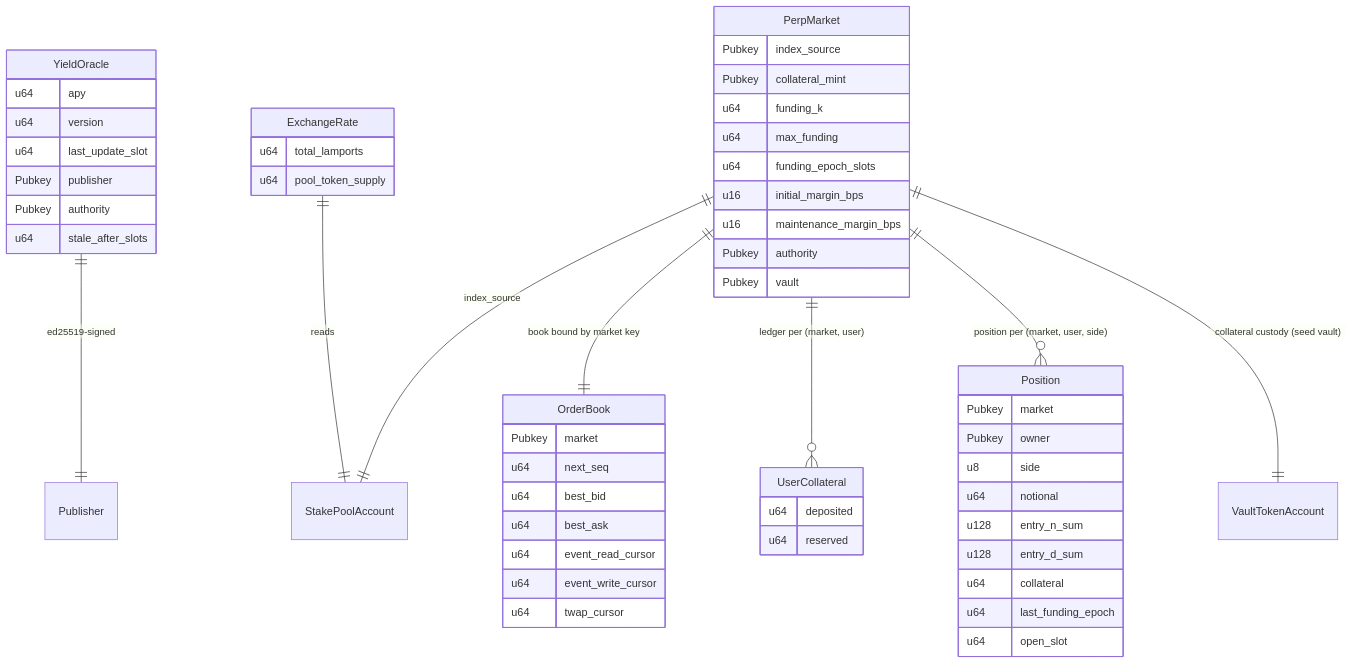
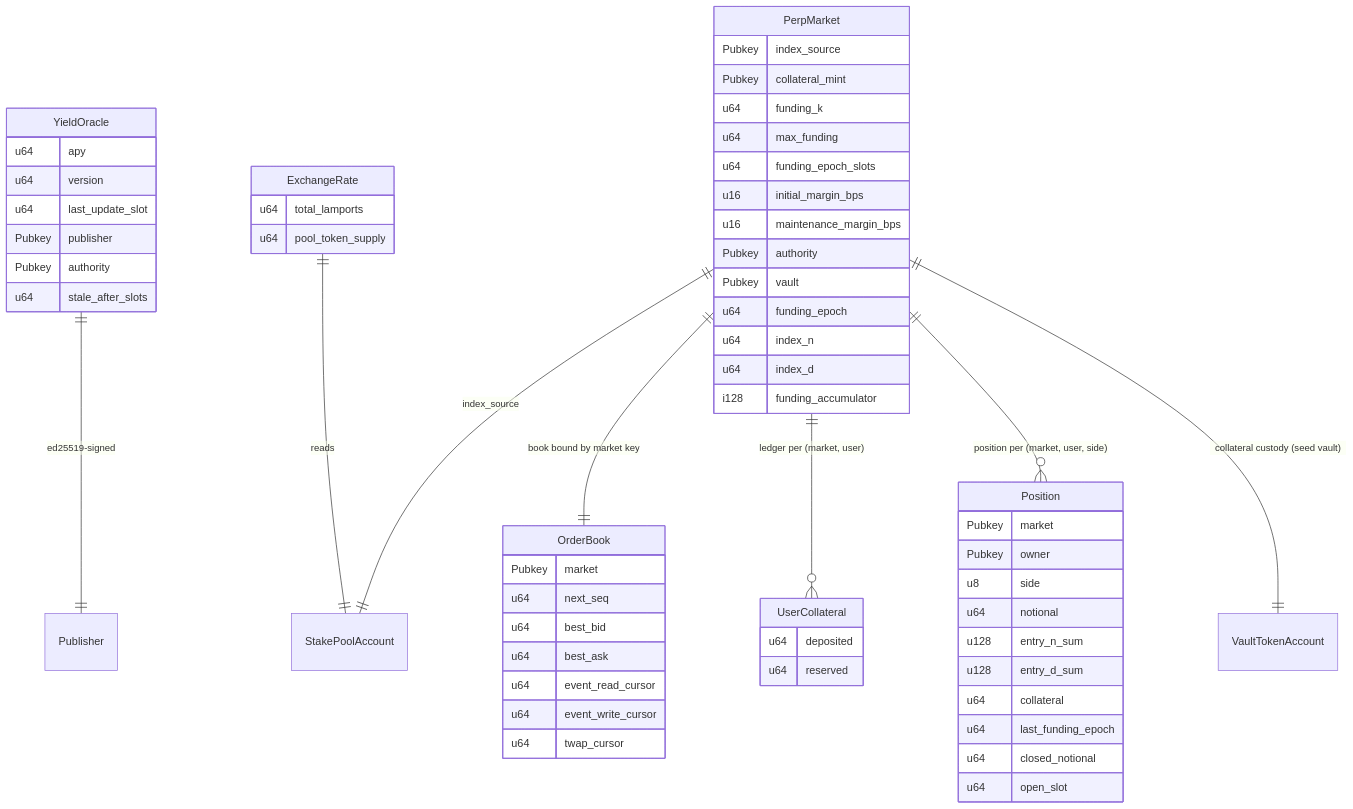
The diagram in docs/data-models.md (LaiTszKin/fructus), drawn with Mermaid before and after one commit. The commit also changed other lines of this file and 12 other files, not shown here.

````diff
--- a/docs/data-models.md
+++ b/docs/data-models.md
@@ -181,57 +195,62 @@
 ```mermaid
 erDiagram
     YieldOracle ||--|| Publisher : "ed25519-signed"
     PerpMarket ||--|| StakePoolAccount : "index_source"
     PerpMarket ||--|| OrderBook : "book bound by market key"
     PerpMarket ||--o{ UserCollateral : "ledger per (market, user)"
     PerpMarket ||--o{ Position : "position per (market, user, side)"
     PerpMarket ||--|| VaultTokenAccount : "collateral custody (seed vault)"
     ExchangeRate ||--|| StakePoolAccount : "reads"
     YieldOracle {
         u64 apy
         u64 version
         u64 last_update_slot
         Pubkey publisher
         Pubkey authority
         u64 stale_after_slots
     }
     PerpMarket {
         Pubkey index_source
         Pubkey collateral_mint
         u64 funding_k
         u64 max_funding
         u64 funding_epoch_slots
         u16 initial_margin_bps
         u16 maintenance_margin_bps
         Pubkey authority
         Pubkey vault
+        u64 funding_epoch
+        u64 index_n
+        u64 index_d
+        i128 funding_accumulator
     }
     OrderBook {
         Pubkey market
         u64 next_seq
         u64 best_bid
         u64 best_ask
         u64 event_read_cursor
         u64 event_write_cursor
         u64 twap_cursor
     }
     UserCollateral {
         u64 deposited
         u64 reserved
     }
     Position {
         Pubkey market
         Pubkey owner
         u8 side
         u64 notional
         u128 entry_n_sum
         u128 entry_d_sum
         u64 collateral
         u64 last_funding_epoch
+        u64 closed_notional
         u64 open_slot
     }
     ExchangeRate {
         u64 total_lamports
         u64 pool_token_supply
     }
 ```
````
